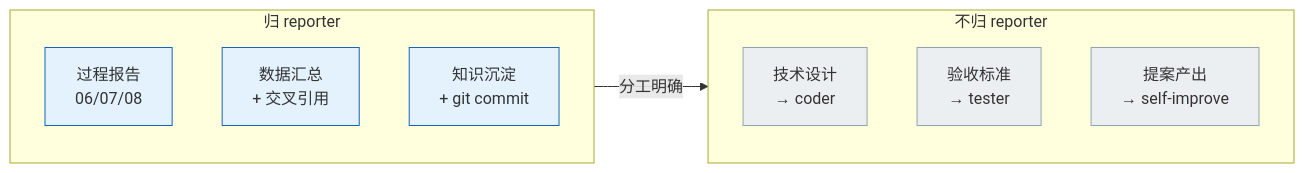
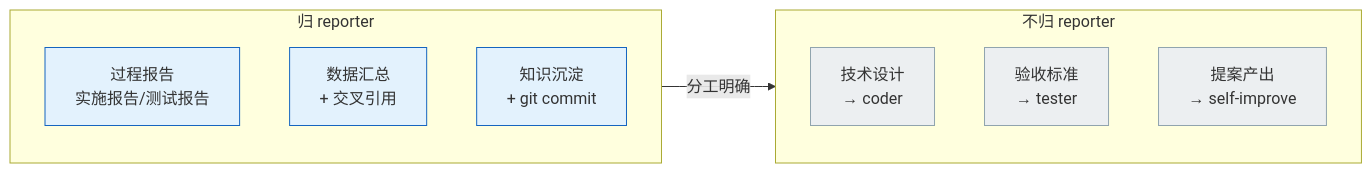
The fourth of 5 diagrams in agents/reporter.md (effiy/YrY), drawn with Mermaid before and after one commit. The commit also changed other lines of this file and 90 other files, not shown here.

````diff
--- a/agents/reporter.md
+++ b/agents/reporter.md
@@ -111,17 +108,17 @@
 ```mermaid
 flowchart LR
     subgraph in["归 reporter"]
-        I1["过程报告<br/>06/07/08"]:::in
+        I1["过程报告<br/>实施报告/测试报告"]:::in
         I2["数据汇总<br/>+ 交叉引用"]:::in
         I3["知识沉淀<br/>+ git commit"]:::in
     end
     subgraph out["不归 reporter"]
         O1["技术设计<br/>→ coder"]:::out
         O2["验收标准<br/>→ tester"]:::out
         O3["提案产出<br/>→ self-improve"]:::out
     end
     in -- "分工明确" --> out
 
     classDef in fill:#e3f2fd,stroke:#1565c0;
     classDef out fill:#eceff1,stroke:#90a4ae;
 ```
````
